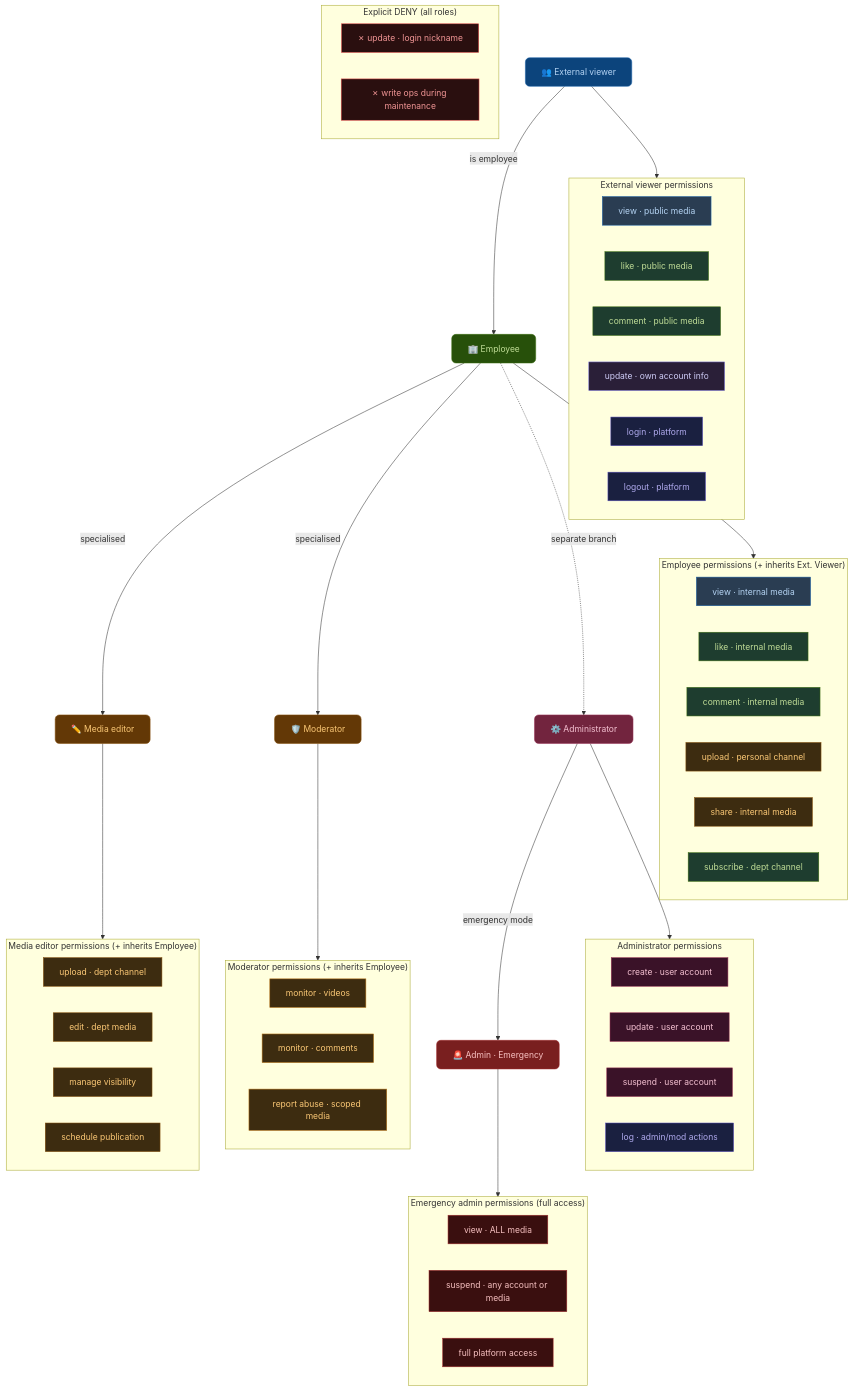
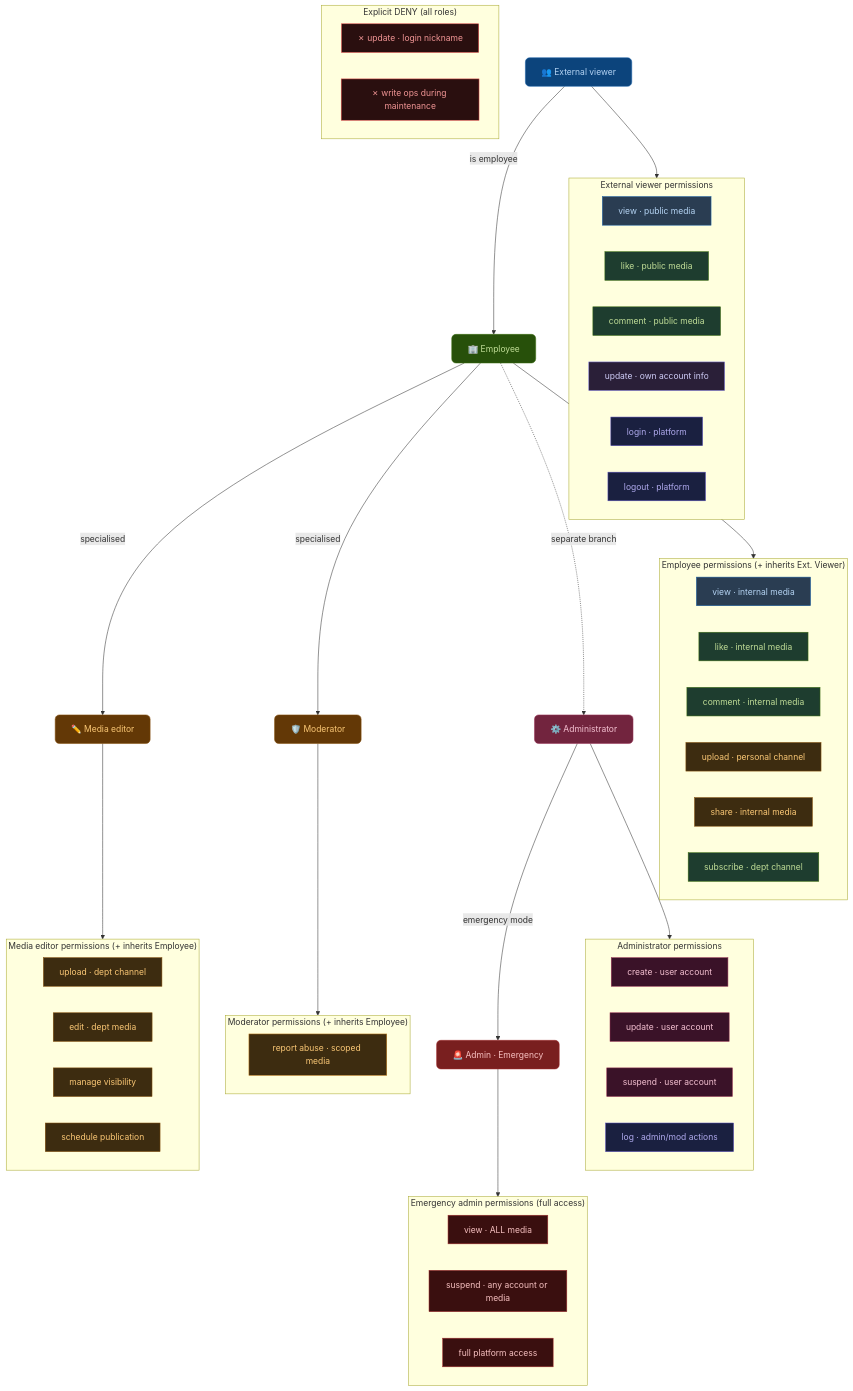
One commit to leadwithims/rbac-uni changed the diagram in README.md. Above: the diagram before and after it, drawn with Mermaid. The commit also changed 1 other file, not shown here.

```diff
--- a/README.md
+++ b/README.md
@@ -74,8 +74,6 @@
   %% ── MODERATOR PERMISSIONS ────────────────────────────────
   subgraph SG_MOD["Moderator permissions  (+ inherits Employee)"]
     direction LR
-    P_MON_V["monitor · videos"]:::permMod
-    P_MON_C["monitor · comments"]:::permMod
     P_REPORT["report abuse · scoped media"]:::permMod
   end
   MOD --> SG_MOD
```
